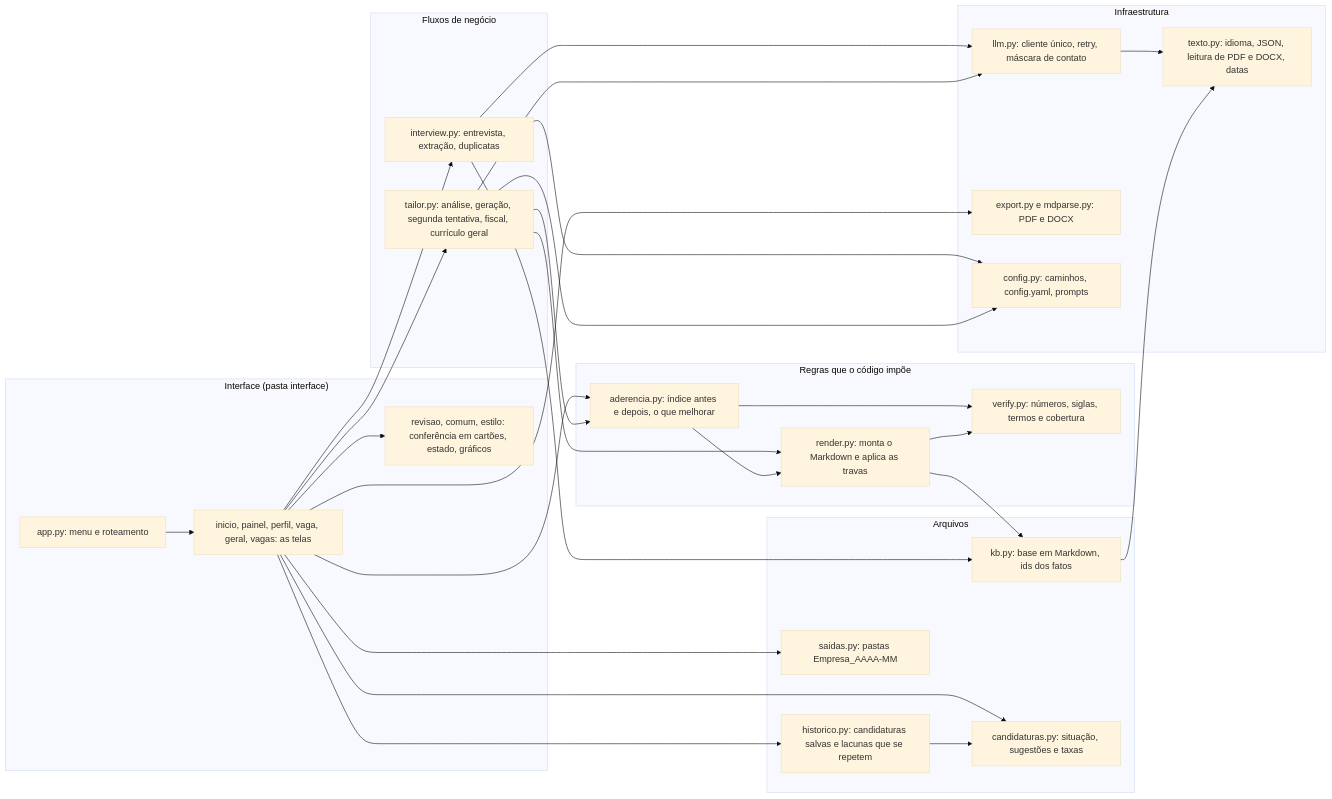
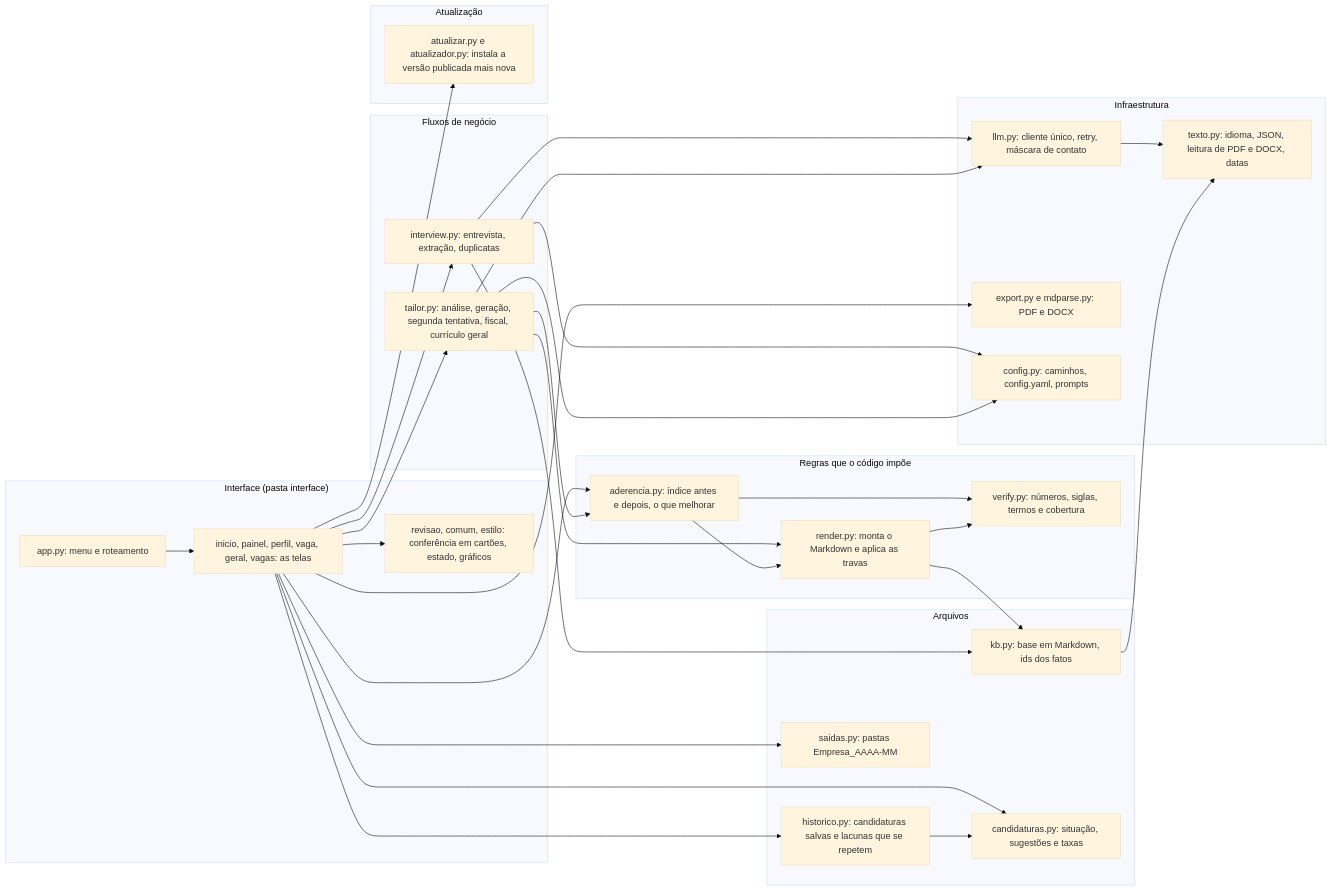
The third of 11 diagrams in README.md (feeslopes/assistente_curriculo), drawn with Mermaid (base theme) before and after one commit. The commit also changed other lines of this file and 9 other files, not shown here.

````diff
--- a/README.md
+++ b/README.md
@@ -274,52 +287,56 @@
 ```mermaid
 flowchart LR
   subgraph UI["Interface (pasta interface)"]
     app["app.py: menu e roteamento"]
     telas["inicio, painel, perfil, vaga, geral, vagas: as telas"]
     apoio["revisao, comum, estilo: conferência em cartões, estado, gráficos"]
   end
   subgraph Fluxos["Fluxos de negócio"]
     interview["interview.py: entrevista, extração, duplicatas"]
     tailor["tailor.py: análise, geração, segunda tentativa, fiscal, currículo geral"]
   end
   subgraph Regras["Regras que o código impõe"]
     render["render.py: monta o Markdown e aplica as travas"]
     verify["verify.py: números, siglas, termos e cobertura"]
     aderencia["aderencia.py: índice antes e depois, o que melhorar"]
   end
   subgraph Dados["Arquivos"]
     kb["kb.py: base em Markdown, ids dos fatos"]
     historico["historico.py: candidaturas salvas e lacunas que se repetem"]
     candidaturas["candidaturas.py: situação, sugestões e taxas"]
     saidas["saidas.py: pastas Empresa_AAAA-MM"]
+  end
+  subgraph Atualizacao["Atualização"]
+    atualizador["atualizar.py e atualizador.py: instala a versão publicada mais nova"]
   end
   subgraph Infra["Infraestrutura"]
     llm["llm.py: cliente único, retry, máscara de contato"]
     texto["texto.py: idioma, JSON, leitura de PDF e DOCX, datas"]
     export["export.py e mdparse.py: PDF e DOCX"]
     config["config.py: caminhos, config.yaml, prompts"]
   end
   app --> telas
   telas --> apoio
   telas --> interview
   telas --> tailor
   telas --> aderencia
   telas --> historico
   telas --> candidaturas
   telas --> export
   telas --> saidas
   interview --> llm
   interview --> kb
   tailor --> llm
   tailor --> render
   tailor --> aderencia
   aderencia --> render
   aderencia --> verify
   render --> kb
   render --> verify
   historico --> candidaturas
+  telas --> atualizador
   llm --> texto
   kb --> texto
   interview --> config
   tailor --> config
 ```
````
